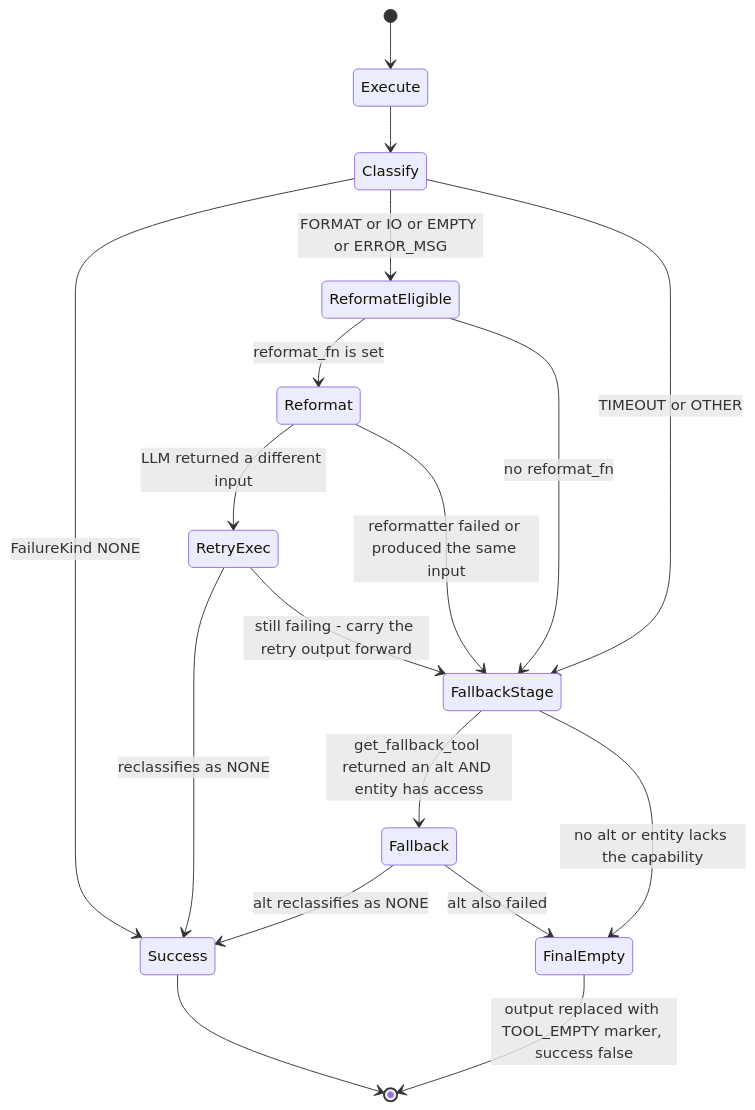
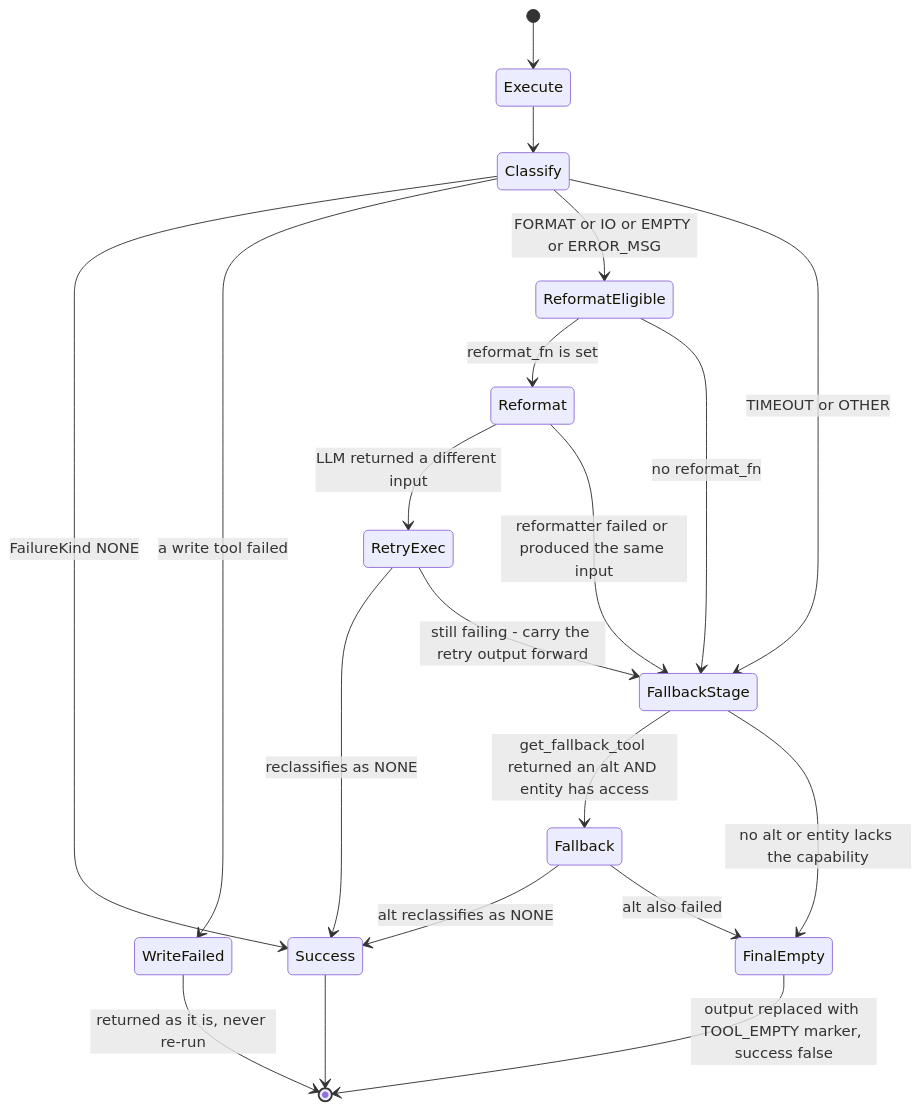
Before and after one commit to gondolerahul/hire-buddha-app: diagram 18 of 23 in docs/current/09-tools.md, drawn with Mermaid. The commit also changed other lines of this file and 7 other files, not shown here.

First line of the commit message:
fix(tools): a call's success comes from its result; a write is never re-run (TL-52, TL-51)

````diff
--- a/docs/current/09-tools.md
+++ b/docs/current/09-tools.md
@@ -1414,20 +1428,22 @@
 ```mermaid
 stateDiagram-v2
     [*] --> Execute
     Execute --> Classify
     Classify --> Success: FailureKind NONE
+    Classify --> WriteFailed: a write tool failed
+    WriteFailed --> [*]: returned as it is, never re-run
     Classify --> ReformatEligible: FORMAT or IO or EMPTY or ERROR_MSG
     Classify --> FallbackStage: TIMEOUT or OTHER
     ReformatEligible --> Reformat: reformat_fn is set
     ReformatEligible --> FallbackStage: no reformat_fn
     Reformat --> RetryExec: LLM returned a different input
     Reformat --> FallbackStage: reformatter failed or produced the same input
     RetryExec --> Success: reclassifies as NONE
     RetryExec --> FallbackStage: still failing - carry the retry output forward
     FallbackStage --> Fallback: get_fallback_tool returned an alt AND entity has access
     FallbackStage --> FinalEmpty: no alt or entity lacks the capability
     Fallback --> Success: alt reclassifies as NONE
     Fallback --> FinalEmpty: alt also failed
     FinalEmpty --> [*]: output replaced with TOOL_EMPTY marker, success false
     Success --> [*]
 ```
````
